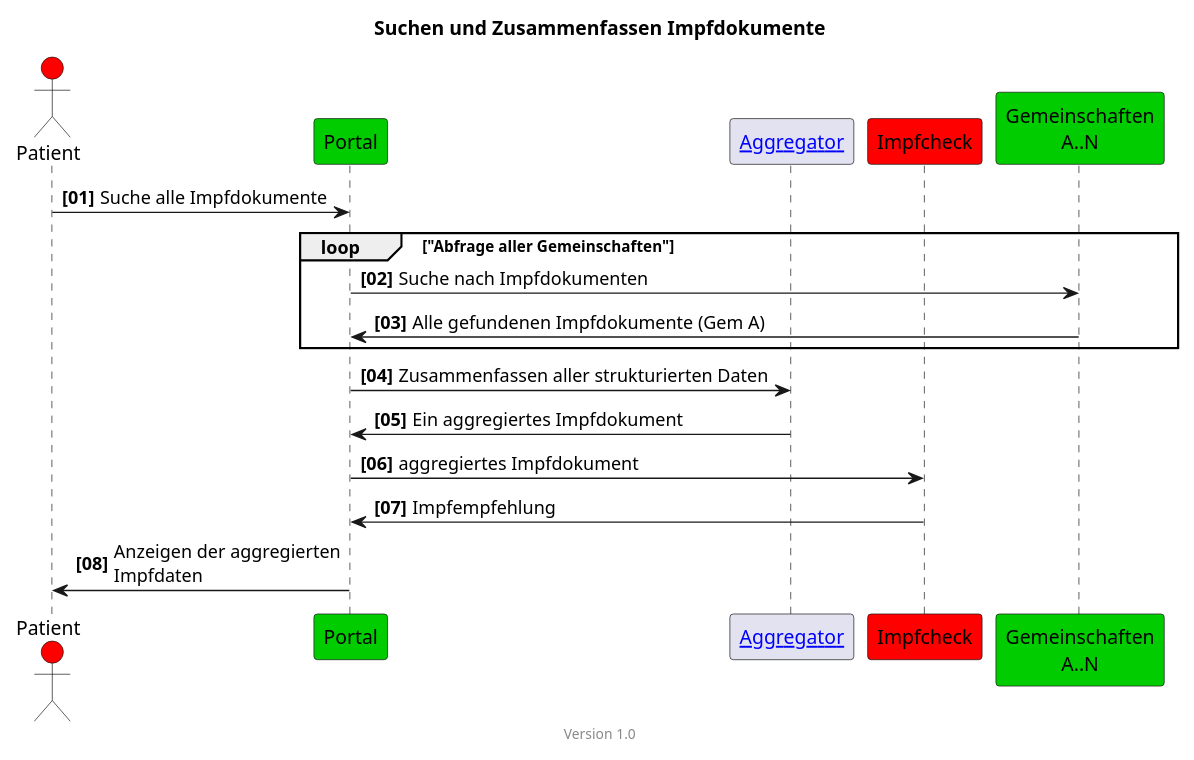
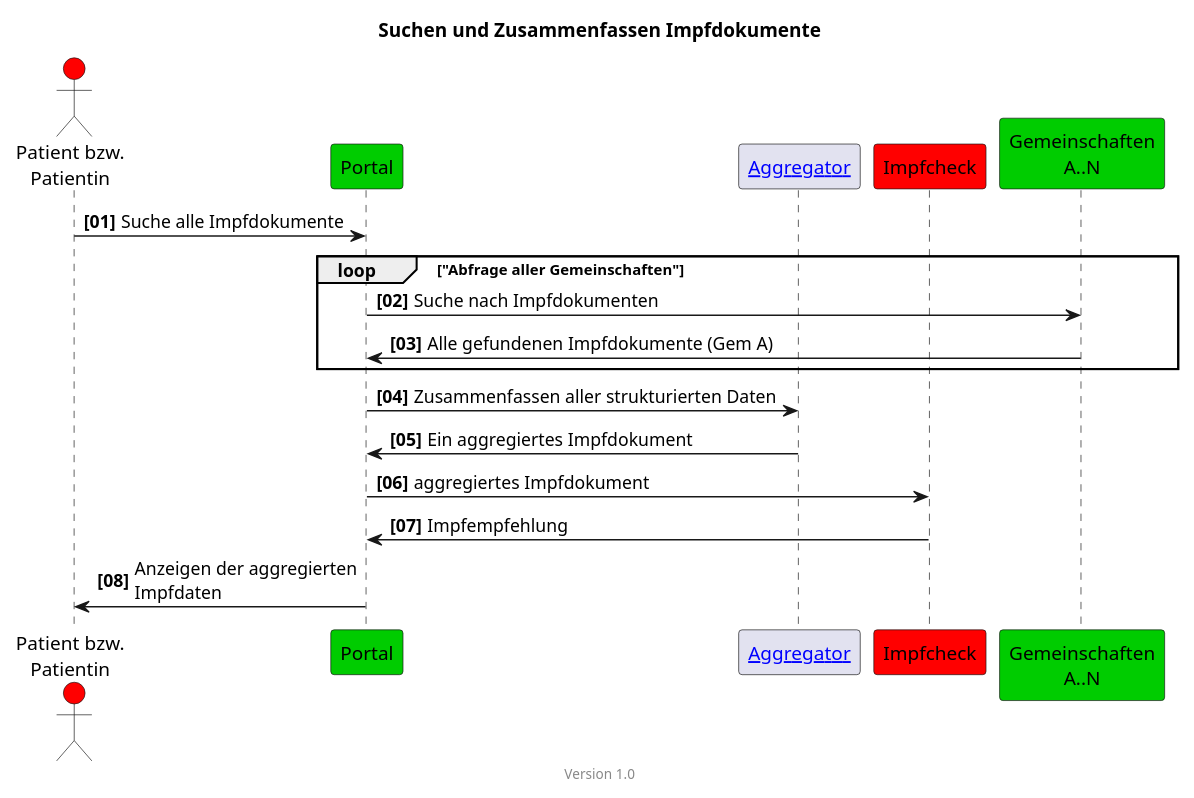
The diagram in input/images-source/epd-impfcheck-vaccination-docs-simple-patient-de.plantuml (hl7ch/ch-vacd), drawn with PlantUML before and after one commit. The commit also changed 7 other files, not shown here.

Commit message:
genderize the patient entries in the diagrams. add missing diagrams into pages (#390)

```diff
--- a/input/images-source/epd-impfcheck-vaccination-docs-simple-patient-de.plantuml
+++ b/input/images-source/epd-impfcheck-vaccination-docs-simple-patient-de.plantuml
@@ -1,27 +1,27 @@
 @startuml
 title Suchen und Zusammenfassen Impfdokumente
 footer Version 1.0
 skinparam responseMessageBelowArrow true
 scale max 800 width
 
-actor Patient #red
+actor "Patient bzw.\nPatientin" as pat #red
 participant "Portal" #00CC00
 participant "[[aggregator.html Aggregator]]" as aggr
 participant "Impfcheck" #red
 
 participant "Gemeinschaften\nA..N" #00CC00
 
 autonumber "<b>[00]"
-Patient -> "Portal": Suche alle Impfdokumente
+pat -> "Portal": Suche alle Impfdokumente
 loop "Abfrage aller Gemeinschaften"
 "Portal" -> "Gemeinschaften\nA..N": Suche nach Impfdokumenten
 "Gemeinschaften\nA..N" -> "Portal": Alle gefundenen Impfdokumente (Gem A)
 end
 "Portal" -> aggr: Zusammenfassen aller strukturierten Daten
 aggr ->  "Portal": Ein aggregiertes Impfdokument
 ' "Portal" -> "Portal": Pseudonymisieren
 "Portal" ->  "Impfcheck": aggregiertes Impfdokument
 "Impfcheck" -> "Portal": Impfempfehlung
-"Portal" -> Patient: Anzeigen der aggregierten\nImpfdaten
+"Portal" -> pat: Anzeigen der aggregierten\nImpfdaten
 
 @enduml
```
